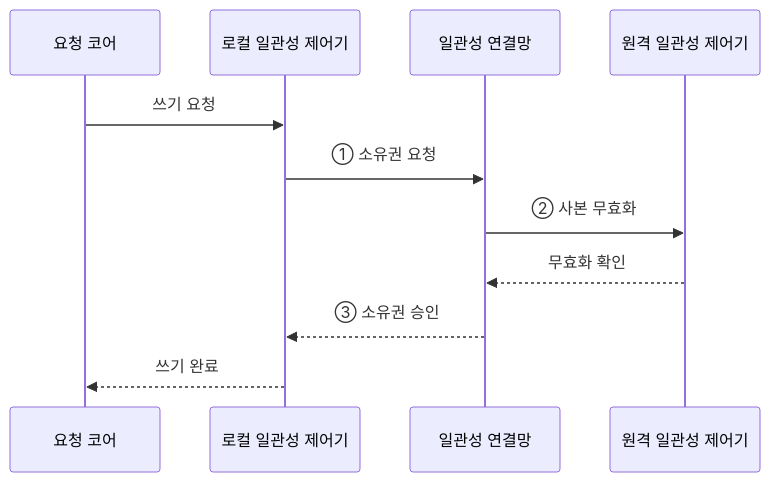
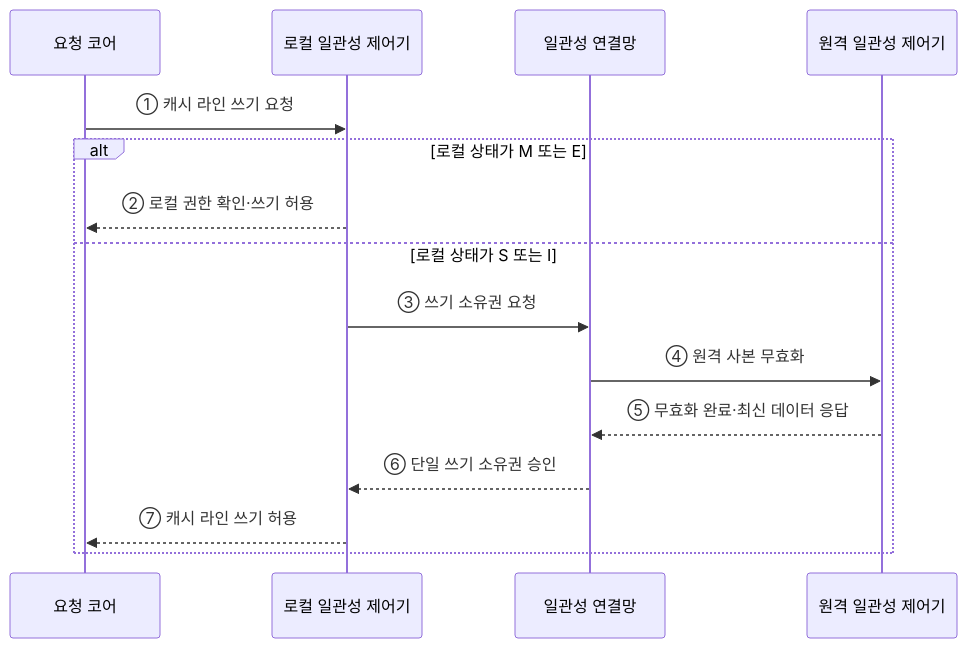
One commit to agnusdei1207/knowledge-base changed the second of 2 diagrams in src/content/docs/notes/02-hardware/014_cache_coherence_protocol.md. Above: the diagram before and after it, drawn with Mermaid. The commit also changed other lines of this file and 18 other files, not shown here.

````diff
--- a/src/content/docs/notes/02-hardware/014_cache_coherence_protocol.md
+++ b/src/content/docs/notes/02-hardware/014_cache_coherence_protocol.md
@@ -78,13 +79,17 @@
 ```mermaid
 sequenceDiagram
     participant A as 요청 코어
     participant C as 로컬 일관성 제어기
     participant N as 일관성 연결망
     participant R as 원격 일관성 제어기
-    A->>C: 쓰기 요청
-    C->>N: ① 소유권 요청
-    N->>R: ② 사본 무효화
-    R-->>N: 무효화 확인
-    N-->>C: ③ 소유권 승인
-    C-->>A: 쓰기 완료
+    A->>C: ① 캐시 라인 쓰기 요청
+    alt 로컬 상태가 M 또는 E
+        C-->>A: ② 로컬 권한 확인·쓰기 허용
+    else 로컬 상태가 S 또는 I
+        C->>N: ③ 쓰기 소유권 요청
+        N->>R: ④ 원격 사본 무효화
+        R-->>N: ⑤ 무효화 완료·최신 데이터 응답
+        N-->>C: ⑥ 단일 쓰기 소유권 승인
+        C-->>A: ⑦ 캐시 라인 쓰기 허용
+    end
 ```
````
